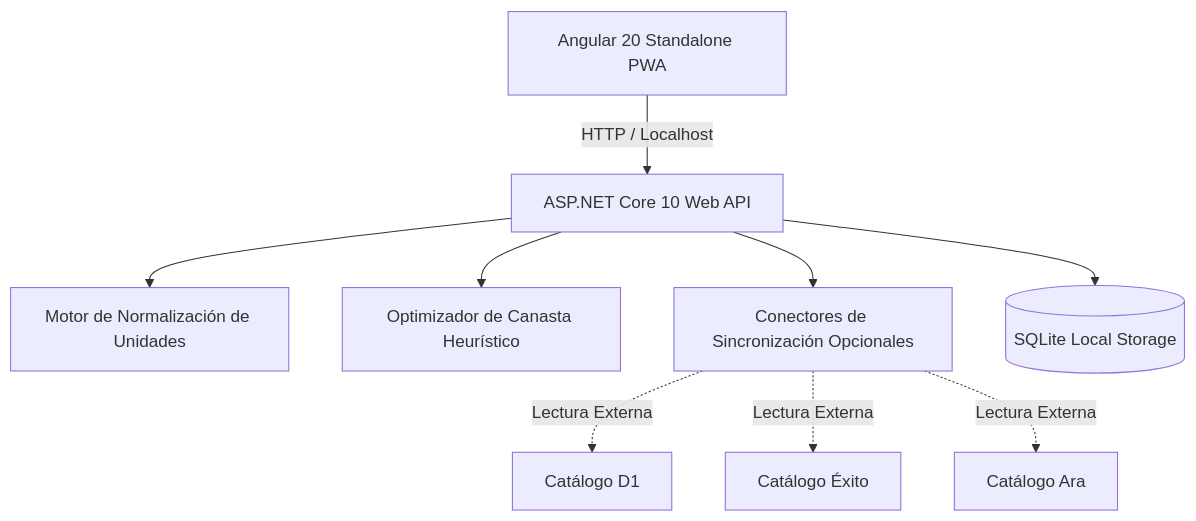
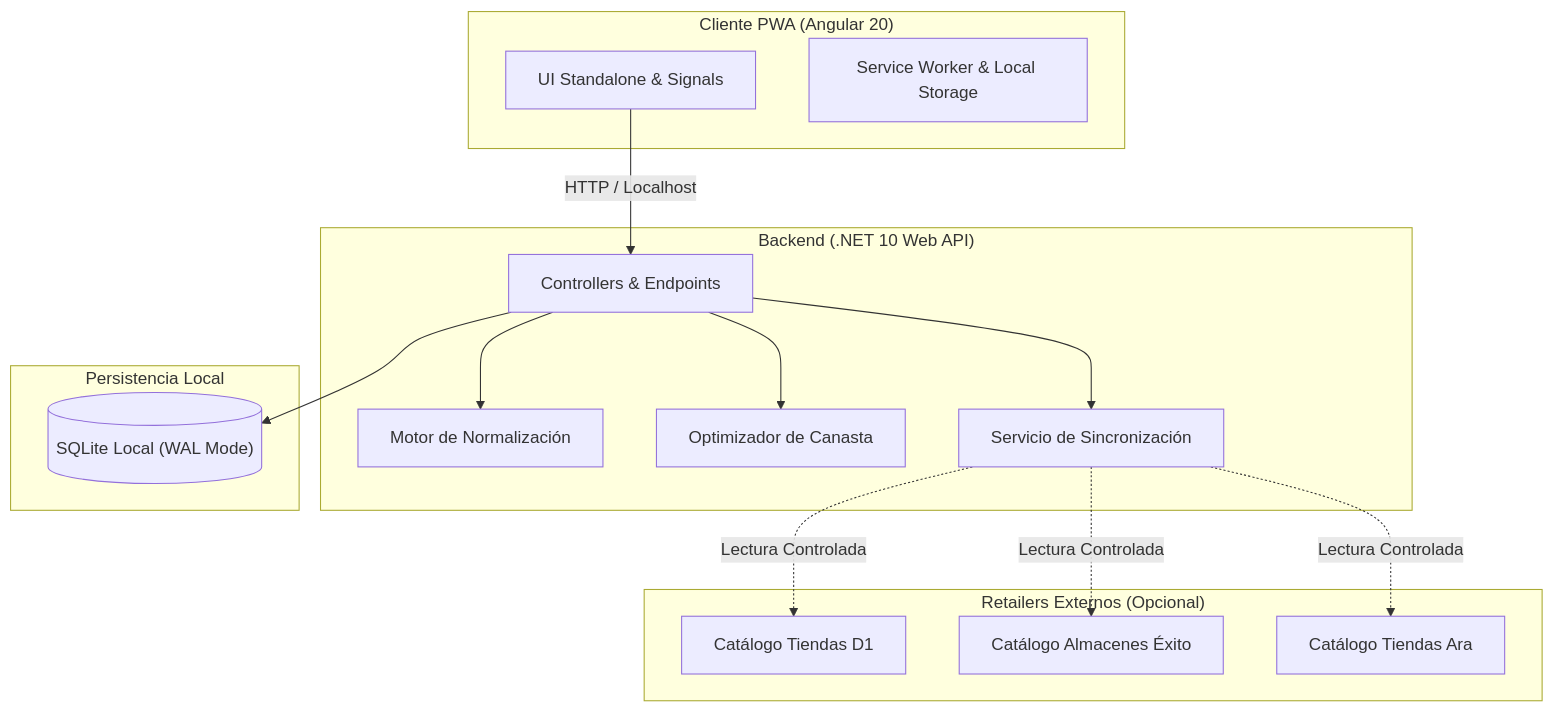
Before and after one commit to santi-osp/Mercado-Inteligente: the diagram in README.md, drawn with Mermaid. The commit also changed other lines of this file and 806 other files, not shown here.

First line of the commit message:
feat(core): initial release of Mercado Inteligente local-first retail optimizer

````diff
--- a/README.md
+++ b/README.md
@@ -71,13 +115,33 @@
 ```mermaid
-graph TD
-    Client[Angular 20 Standalone PWA] -->|HTTP / Localhost| API[ASP.NET Core 10 Web API]
-    API --> NormEngine[Motor de Normalización de Unidades]
-    API --> OptEngine[Optimizador de Canasta Heurístico]
-    API --> SyncEngine[Conectores de Sincronización Opcionales]
-    
-    SyncEngine -.->|Lectura Externa| D1[Catálogo D1]
-    SyncEngine -.->|Lectura Externa| Exito[Catálogo Éxito]
-    SyncEngine -.->|Lectura Externa| Ara[Catálogo Ara]
-    
-    API --> LocalDB[(SQLite Local Storage)]
+flowchart TD
+    subgraph Cliente["Cliente PWA (Angular 20)"]
+        UI["UI Standalone & Signals"]
+        Cache["Service Worker & Local Storage"]
+    end
+
+    subgraph Backend["Backend (.NET 10 Web API)"]
+        API["Controllers & Endpoints"]
+        Norm["Motor de Normalización"]
+        Opt["Optimizador de Canasta"]
+        Sync["Servicio de Sincronización"]
+    end
+
+    subgraph Datos["Persistencia Local"]
+        DB[("SQLite Local (WAL Mode)")]
+    end
+
+    subgraph Fuentes["Retailers Externos (Opcional)"]
+        D1["Catálogo Tiendas D1"]
+        Exito["Catálogo Almacenes Éxito"]
+        Ara["Catálogo Tiendas Ara"]
+    end
+
+    UI -->|HTTP / Localhost| API
+    API --> Norm
+    API --> Opt
+    API --> Sync
+    API --> DB
+    Sync -.->|Lectura Controlada| D1
+    Sync -.->|Lectura Controlada| Exito
+    Sync -.->|Lectura Controlada| Ara
 ```
````
